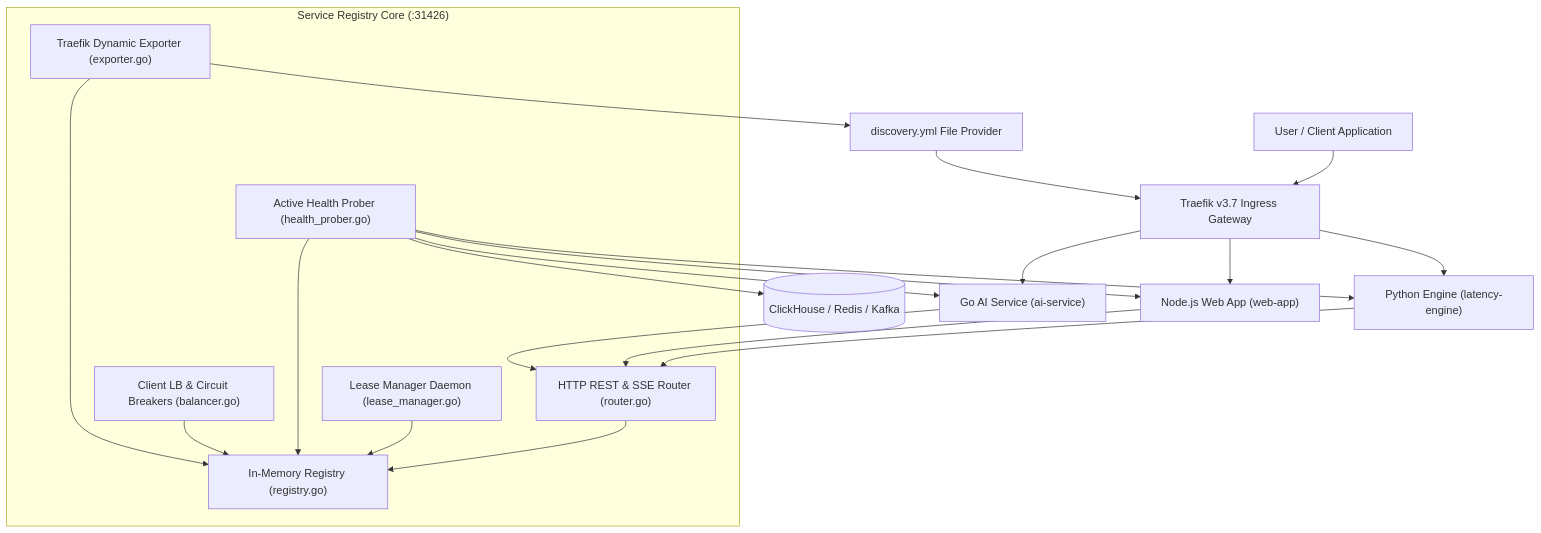
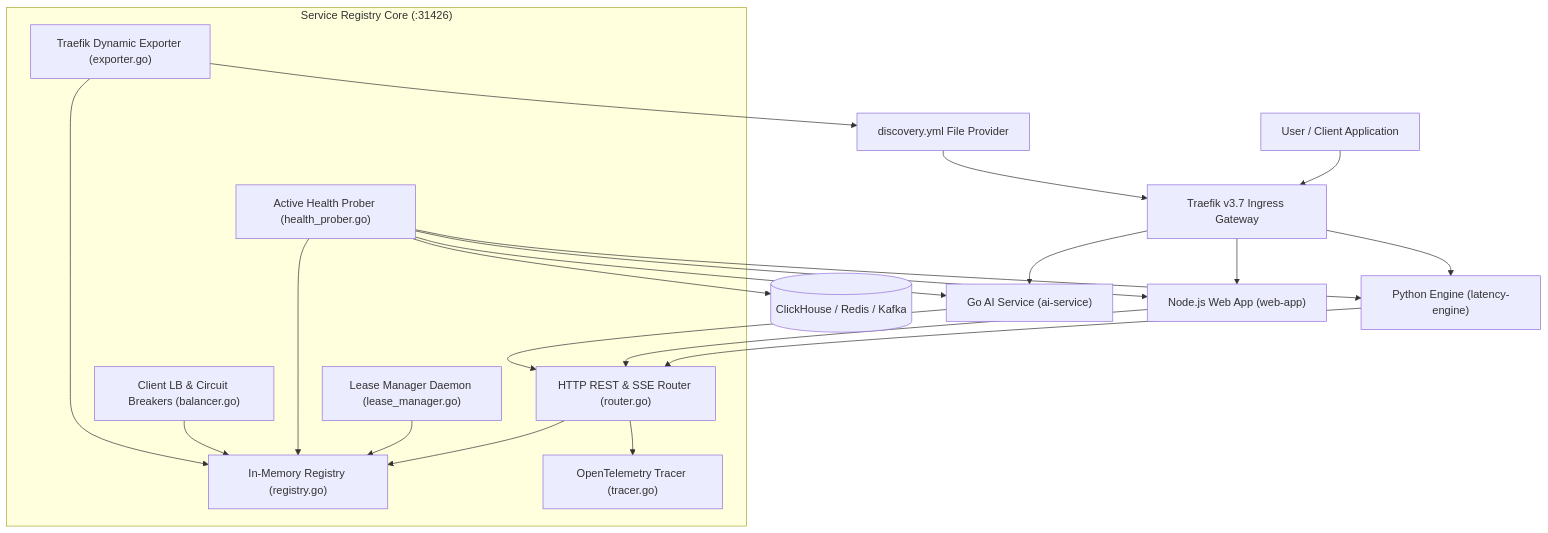
Before and after one commit to Chief-Strategist-J/llm-observability-platform: the first of 6 diagrams in packages/configs/llm-obs-infra/docs/architectureDoc/adr-0009-service-registry-and-discovery.md, drawn with Mermaid. The commit also changed other lines of this file and 10 other files, not shown here.

Commit message:
feat(infra): add durable prober thresholds, OpenTelemetry tracing, worker pool concurrency, and data-driven router table

````diff
--- a/packages/configs/llm-obs-infra/docs/architectureDoc/adr-0009-service-registry-and-discovery.md
+++ b/packages/configs/llm-obs-infra/docs/architectureDoc/adr-0009-service-registry-and-discovery.md
@@ -67,35 +67,37 @@
 ```mermaid
 graph TD
     User["User / Client Application"] --> Traefik["Traefik v3.7 Ingress Gateway"]
     
     subgraph Service_Registry_Core["Service Registry Core (:31426)"]
         Router["HTTP REST & SSE Router (router.go)"]
         Registry["In-Memory Registry (registry.go)"]
         LeaseMgr["Lease Manager Daemon (lease_manager.go)"]
         HealthProber["Active Health Prober (health_prober.go)"]
         LoadBalancer["Client LB & Circuit Breakers (balancer.go)"]
         Exporter["Traefik Dynamic Exporter (exporter.go)"]
+        Tracer["OpenTelemetry Tracer (tracer.go)"]
     end
 
     Router --> Registry
     LeaseMgr --> Registry
     HealthProber --> Registry
     LoadBalancer --> Registry
     Exporter --> Registry
+    Router --> Tracer
 
     Exporter --> DynFile["discovery.yml File Provider"]
     DynFile --> Traefik
 
     PyService["Python Engine (latency-engine)"] --> Router
     NodeService["Node.js Web App (web-app)"] --> Router
     GoService["Go AI Service (ai-service)"] --> Router
 
     HealthProber --> PyService
     HealthProber --> NodeService
     HealthProber --> GoService
     HealthProber --> InfraDB[("ClickHouse / Redis / Kafka")]
 
     Traefik --> PyService
     Traefik --> NodeService
     Traefik --> GoService
 ```
````
